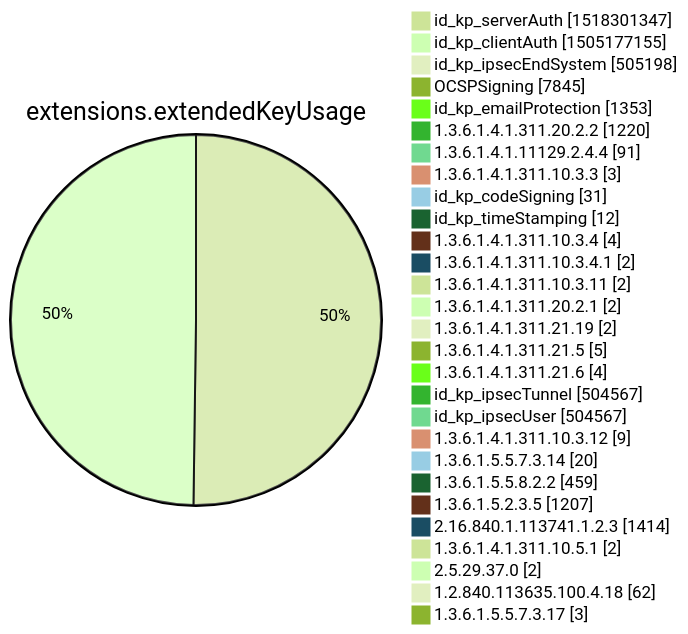
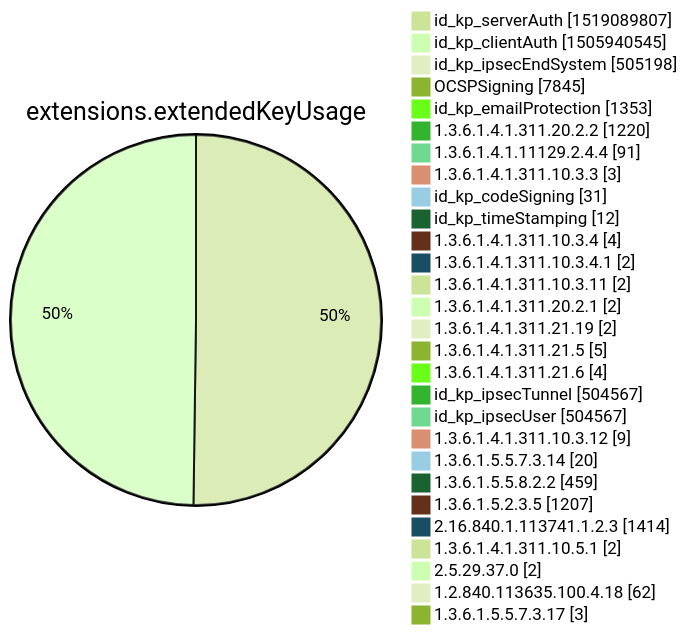
One commit to christiankrug/ctmonitor_visualization changed diagram 12 of 15 in xenon2022/README.md. Above: the diagram before and after it, drawn with Mermaid (forest theme). The commit also changed other lines of this file, not shown here.

````diff
--- a/xenon2022/README.md
+++ b/xenon2022/README.md
@@ -3877,32 +3877,32 @@
 ```mermaid
 pie showData
 title extensions.extendedKeyUsage
-"id_kp_serverAuth" :1518301347
-"id_kp_clientAuth" :1505177155
+"id_kp_serverAuth" :1519089807
+"id_kp_clientAuth" :1505940545
 "id_kp_ipsecEndSystem" :505198
 "OCSPSigning" :7845
 "id_kp_emailProtection" :1353
 "1.3.6.1.4.1.311.20.2.2" :1220
 "1.3.6.1.4.1.11129.2.4.4" :91
 "1.3.6.1.4.1.311.10.3.3" :3
 "id_kp_codeSigning" :31
 "id_kp_timeStamping" :12
 "1.3.6.1.4.1.311.10.3.4" :4
 "1.3.6.1.4.1.311.10.3.4.1" :2
 "1.3.6.1.4.1.311.10.3.11" :2
 "1.3.6.1.4.1.311.20.2.1" :2
 "1.3.6.1.4.1.311.21.19" :2
 "1.3.6.1.4.1.311.21.5" :5
 "1.3.6.1.4.1.311.21.6" :4
 "id_kp_ipsecTunnel" :504567
 "id_kp_ipsecUser" :504567
 "1.3.6.1.4.1.311.10.3.12" :9
 "1.3.6.1.5.5.7.3.14" :20
 "1.3.6.1.5.5.8.2.2" :459
 "1.3.6.1.5.2.3.5" :1207
 "2.16.840.1.113741.1.2.3" :1414
 "1.3.6.1.4.1.311.10.5.1" :2
 "2.5.29.37.0" :2
 "1.2.840.113635.100.4.18" :62
 "1.3.6.1.5.5.7.3.17" :3
 ```
````
